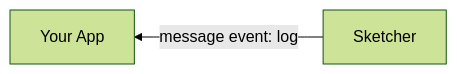
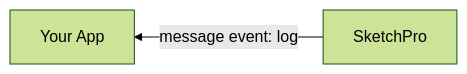
Before and after one commit to woolpert-digital-innovations/sketcher-sdk: diagram 14 of 15 in docs/integration-guide.md, drawn with Mermaid (forest theme). The commit also changed other lines of this file and 4 other files, not shown here.

````diff
--- a/docs/integration-guide.md
+++ b/docs/integration-guide.md
@@ -195,4 +406,4 @@
 ```mermaid
 graph RL;
-    sa[Sketcher]-- message event: log -->app[Your App];
+    sa[SketchPro]-- message event: log -->app[Your App];
 ```
````
